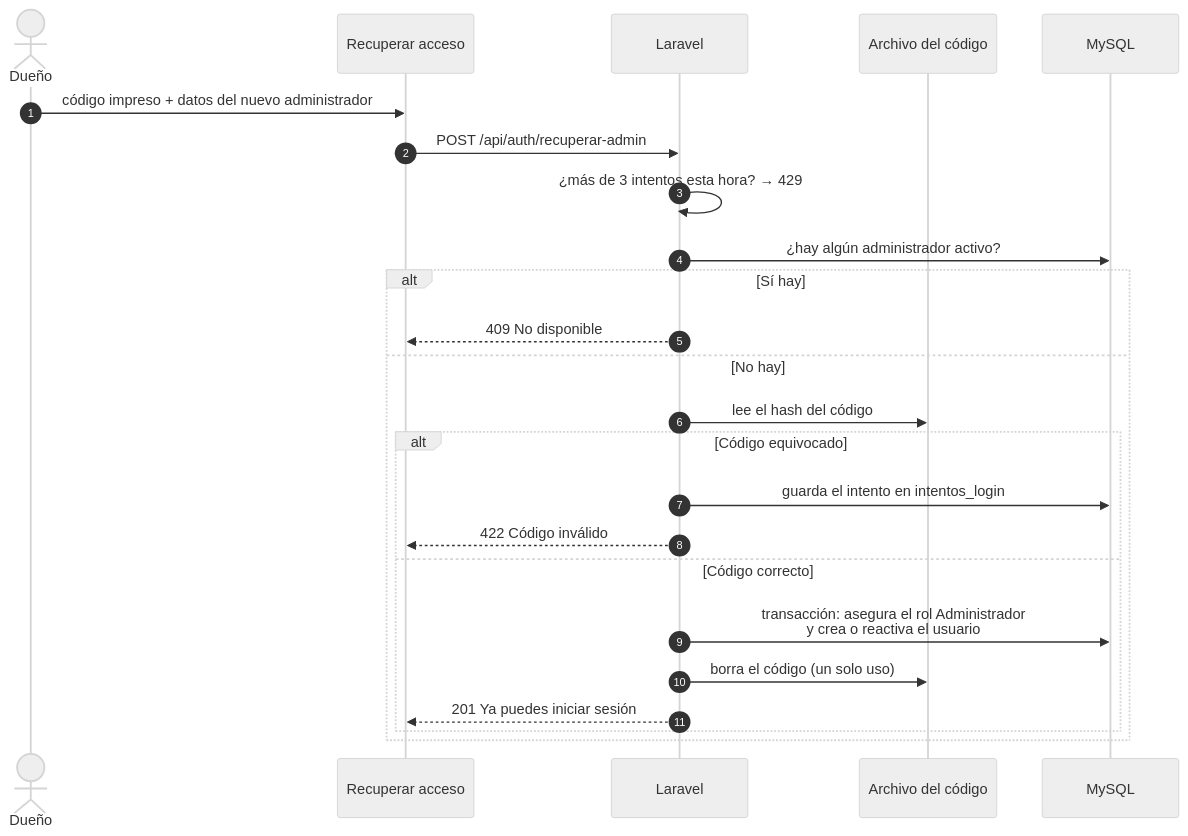
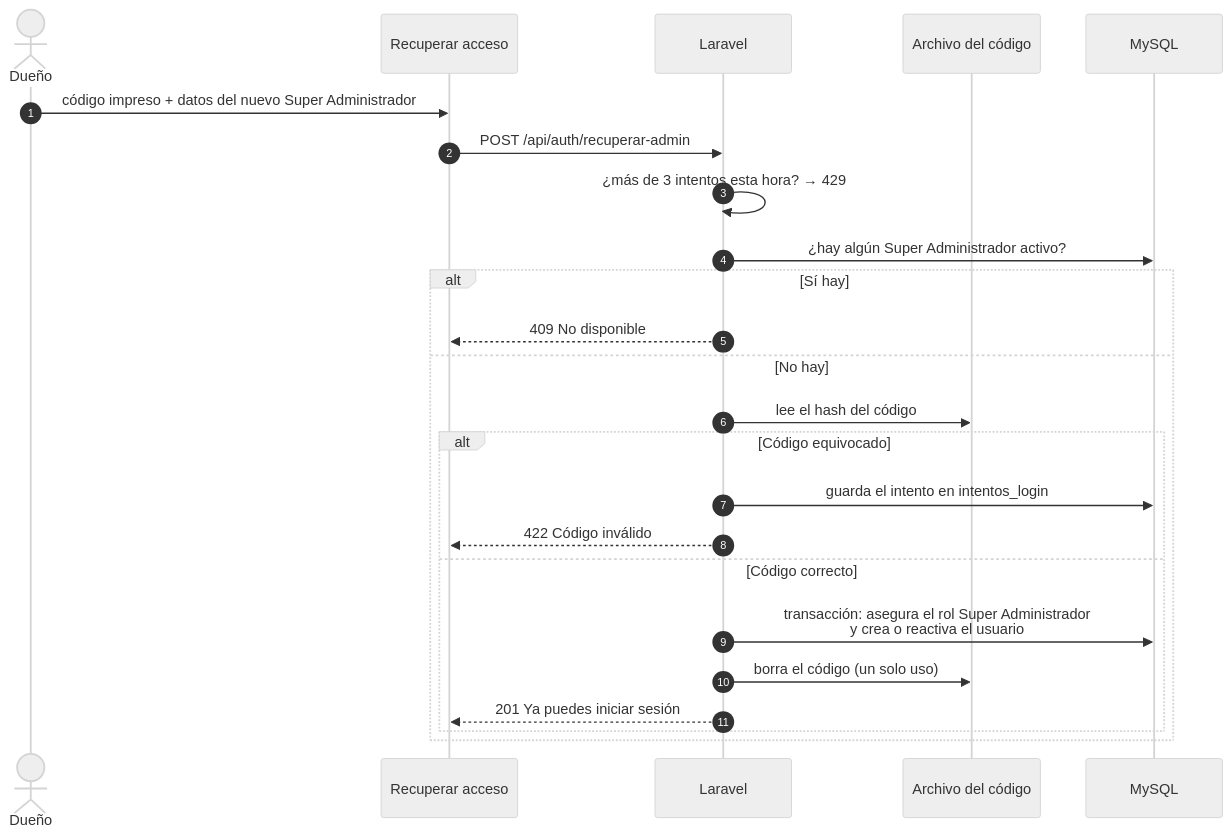
Before and after one commit to Julian-Gomez-L/ConexBase: the third of 7 diagrams in docs/arquitectura/06-vista-de-ejecucion.md, drawn with Mermaid (neutral theme). The commit also changed other lines of this file and 39 other files, not shown here.

Commit message:
se crea el rol super adminitrador

````diff
--- a/docs/arquitectura/06-vista-de-ejecucion.md
+++ b/docs/arquitectura/06-vista-de-ejecucion.md
@@ -72,27 +72,27 @@
 ```mermaid
 sequenceDiagram
     autonumber
     actor D as Dueño
     participant FE as Recuperar acceso
     participant API as Laravel
     participant F as Archivo del código
     participant DB as MySQL
 
-    D->>FE: código impreso + datos del nuevo administrador
+    D->>FE: código impreso + datos del nuevo Super Administrador
     FE->>API: POST /api/auth/recuperar-admin
     API->>API: ¿más de 3 intentos esta hora? → 429
-    API->>DB: ¿hay algún administrador activo?
+    API->>DB: ¿hay algún Super Administrador activo?
     alt Sí hay
         API-->>FE: 409 No disponible
     else No hay
         API->>F: lee el hash del código
         alt Código equivocado
             API->>DB: guarda el intento en intentos_login
             API-->>FE: 422 Código inválido
         else Código correcto
-            API->>DB: transacción: asegura el rol Administrador<br/>y crea o reactiva el usuario
+            API->>DB: transacción: asegura el rol Super Administrador<br/>y crea o reactiva el usuario
             API->>F: borra el código (un solo uso)
             API-->>FE: 201 Ya puedes iniciar sesión
         end
     end
 ```
````
